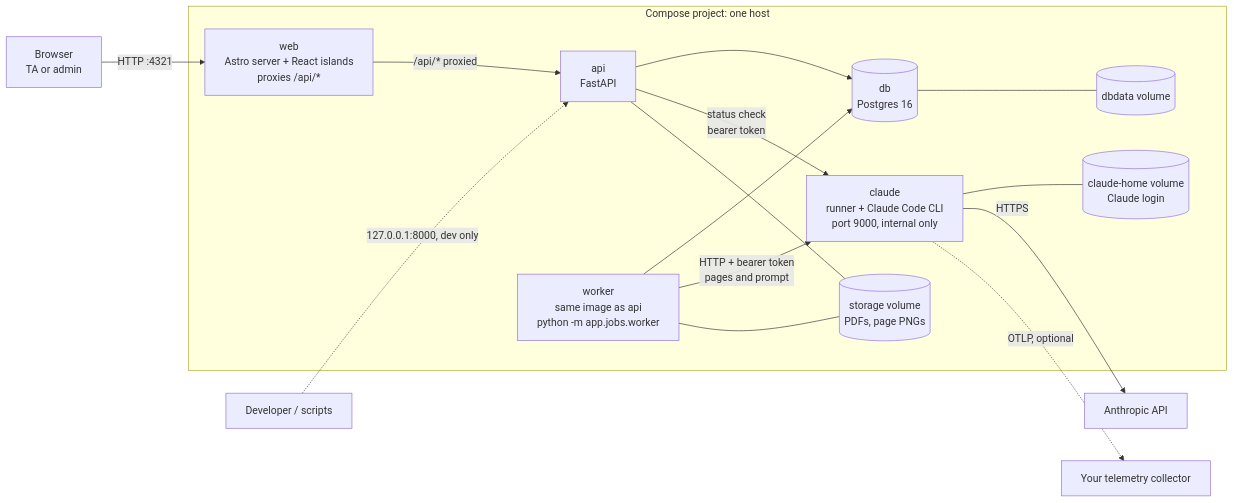
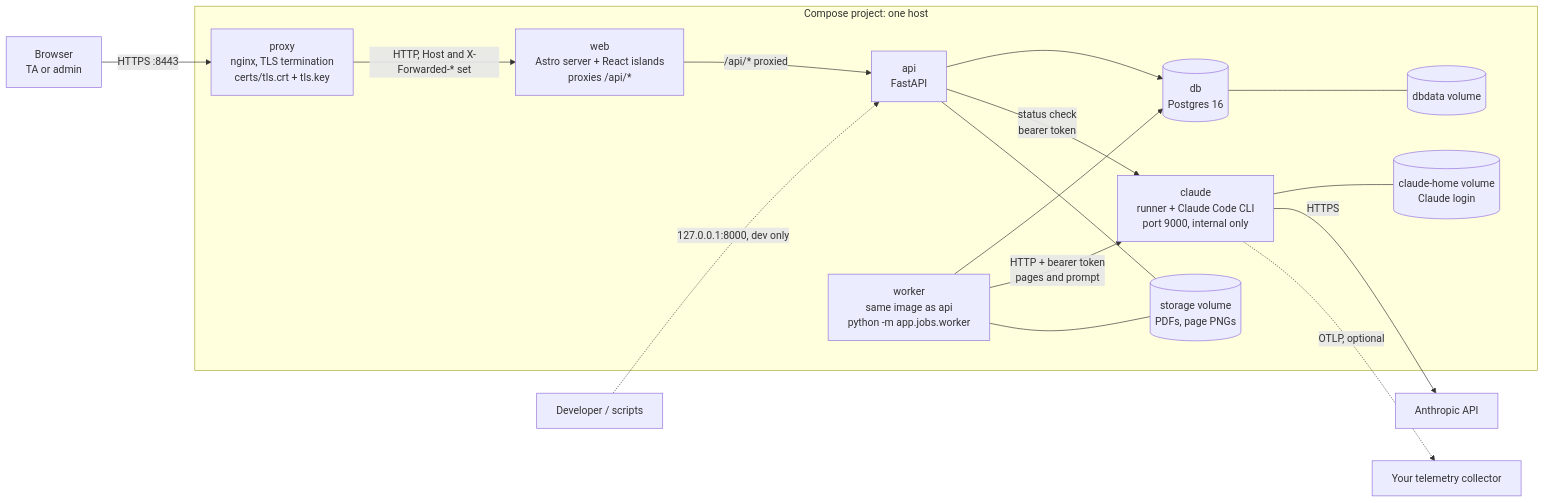
Before and after one commit to achintya-labs/AIPaperCorrection: the first of 3 diagrams in docs/architecture.md, drawn with Mermaid. The commit also changed other lines of this file and 5 other files, not shown here.

````diff
--- a/docs/architecture.md
+++ b/docs/architecture.md
@@ -12,30 +12,32 @@
 ```mermaid
 flowchart LR
-    U["Browser<br/>TA or admin"] -->|"HTTP :4321"| WEB
+    U["Browser<br/>TA or admin"] -->|"HTTPS :8443"| PX
 
     subgraph stack["Compose project: one host"]
+        PX["proxy<br/>nginx, TLS termination<br/>certs/tls.crt + tls.key"]
         WEB["web<br/>Astro server + React islands<br/>proxies /api/*"]
         API["api<br/>FastAPI"]
         WRK["worker<br/>same image as api<br/>python -m app.jobs.worker"]
         CLD["claude<br/>runner + Claude Code CLI<br/>port 9000, internal only"]
         DB[("db<br/>Postgres 16")]
 
+        PX -->|"HTTP, Host and X-Forwarded-* set"| WEB
         WEB -->|"/api/* proxied"| API
         API --> DB
         WRK --> DB
         WRK -->|"HTTP + bearer token<br/>pages and prompt"| CLD
         API -->|"status check<br/>bearer token"| CLD
 
         V1[("storage volume<br/>PDFs, page PNGs")]
         V2[("claude-home volume<br/>Claude login")]
         V3[("dbdata volume")]
         API --- V1
         WRK --- V1
         CLD --- V2
         DB --- V3
     end
 
     CLD -->|"HTTPS"| ANT["Anthropic API"]
     CLD -.->|"OTLP, optional"| OTEL["Your telemetry collector"]
     DEV["Developer / scripts"] -.->|"127.0.0.1:8000, dev only"| API
 ```
````
